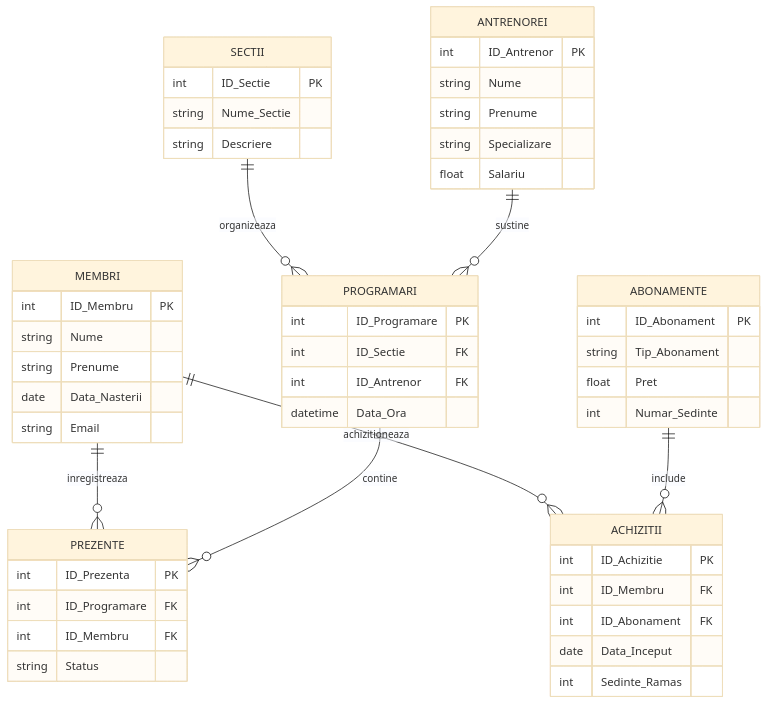
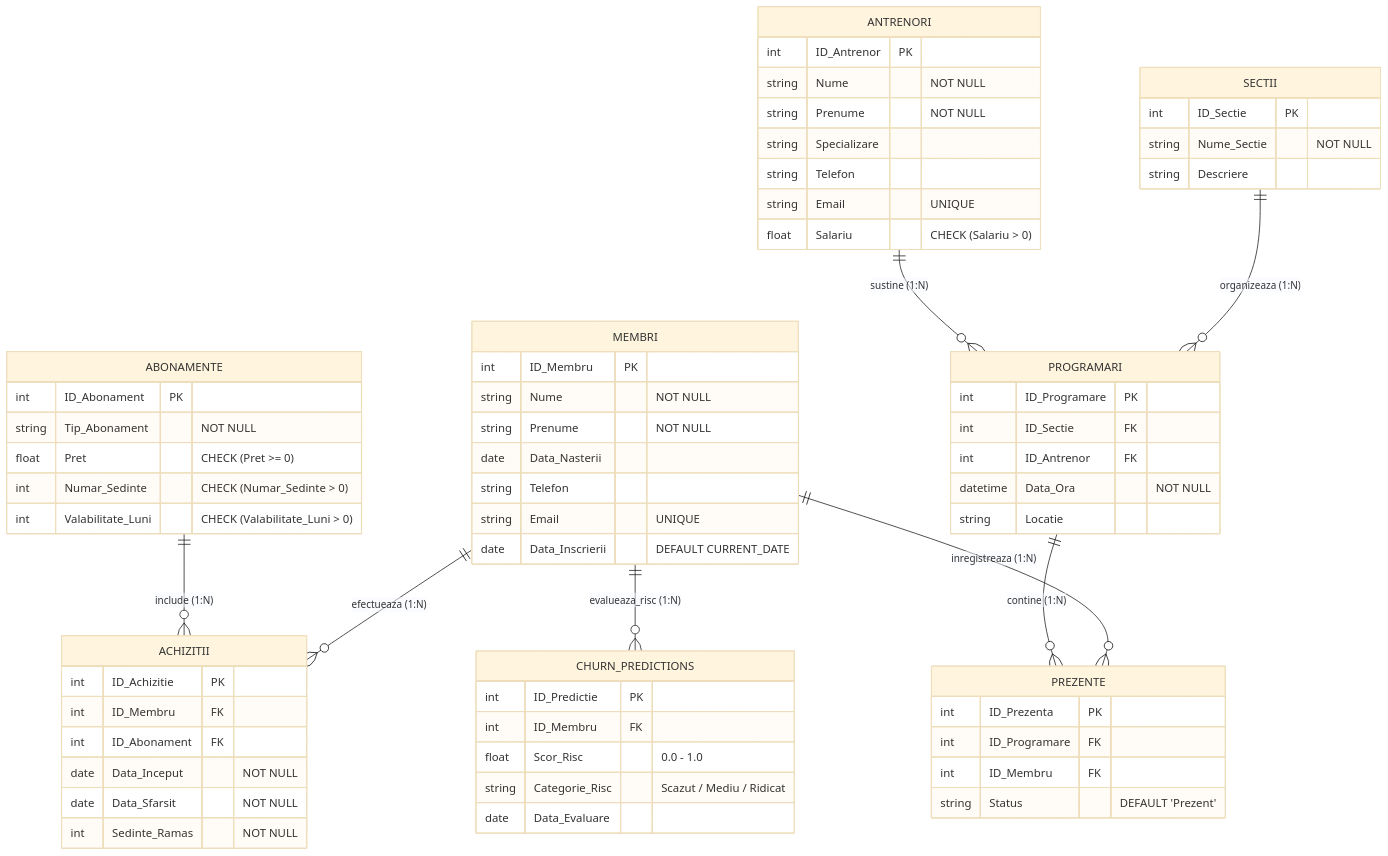
One commit to bogdantamasan/Proiect-PBD- changed the diagram in diagrams/er.mmd. Above: the diagram before and after it, drawn with Mermaid (base theme).

Commit message:
Enhance ER diagram with constraints and new entity
Added NOT NULL and CHECK constraints to various fields, and included new CHURN_PREDICTIONS entity with relationships.

```diff
--- a/diagrams/er.mmd
+++ b/diagrams/er.mmd
@@ -1,51 +1,80 @@
 erDiagram
-    MEMBRI ||--o{ ACHIZITII : achizitioneaza
-    ABONAMENTE ||--o{ ACHIZITII : include
-    MEMBRI ||--o{ PREZENTE : inregistreaza
-    PROGRAMARI ||--o{ PREZENTE : contine
-    SECTII ||--o{ PROGRAMARI : organizeaza
-    ANTRENOREI ||--o{ PROGRAMARI : sustine
+    %% ==========================================
+    %% ENTITĂȚI ȘI STRUCTURĂ TABELE
+    %% ==========================================
     SECTII {
         int ID_Sectie PK
-        string Nume_Sectie
+        string Nume_Sectie "NOT NULL"
         string Descriere
     }
-    ANTRENOREI {
+
+    ANTRENORI {
         int ID_Antrenor PK
-        string Nume
-        string Prenume
+        string Nume "NOT NULL"
+        string Prenume "NOT NULL"
         string Specializare
-        float Salariu
+        string Telefon
+        string Email "UNIQUE"
+        float Salariu "CHECK (Salariu > 0)"
     }
+
     MEMBRI {
         int ID_Membru PK
-        string Nume
-        string Prenume
+        string Nume "NOT NULL"
+        string Prenume "NOT NULL"
         date Data_Nasterii
-        string Email
+        string Telefon
+        string Email "UNIQUE"
+        date Data_Inscrierii "DEFAULT CURRENT_DATE"
     }
+
     ABONAMENTE {
         int ID_Abonament PK
-        string Tip_Abonament
-        float Pret
-        int Numar_Sedinte
+        string Tip_Abonament "NOT NULL"
+        float Pret "CHECK (Pret >= 0)"
+        int Numar_Sedinte "CHECK (Numar_Sedinte > 0)"
+        int Valabilitate_Luni "CHECK (Valabilitate_Luni > 0)"
     }
+
     ACHIZITII {
         int ID_Achizitie PK
         int ID_Membru FK
         int ID_Abonament FK
-        date Data_Inceput
-        int Sedinte_Ramas
+        date Data_Inceput "NOT NULL"
+        date Data_Sfarsit "NOT NULL"
+        int Sedinte_Ramas "NOT NULL"
     }
+
     PROGRAMARI {
         int ID_Programare PK
         int ID_Sectie FK
         int ID_Antrenor FK
-        datetime Data_Ora
+        datetime Data_Ora "NOT NULL"
+        string Locatie
     }
+
     PREZENTE {
         int ID_Prezenta PK
         int ID_Programare FK
         int ID_Membru FK
-        string Status
+        string Status "DEFAULT 'Prezent'"
     }
+
+    CHURN_PREDICTIONS {
+        int ID_Predictie PK
+        int ID_Membru FK
+        float Scor_Risc "0.0 - 1.0"
+        string Categorie_Risc "Scazut / Mediu / Ridicat"
+        date Data_Evaluare
+    }
+
+    %% ==========================================
+    %% RELAȚII RELAȚIONALE (1:N)
+    %% ==========================================
+    SECTII ||--o{ PROGRAMARI : "organizeaza (1:N)"
+    ANTRENORI ||--o{ PROGRAMARI : "sustine (1:N)"
+    MEMBRI ||--o{ ACHIZITII : "efectueaza (1:N)"
+    ABONAMENTE ||--o{ ACHIZITII : "include (1:N)"
+    MEMBRI ||--o{ PREZENTE : "inregistreaza (1:N)"
+    PROGRAMARI ||--o{ PREZENTE : "contine (1:N)"
+    MEMBRI ||--o{ CHURN_PREDICTIONS : "evalueaza_risc (1:N)"
```
